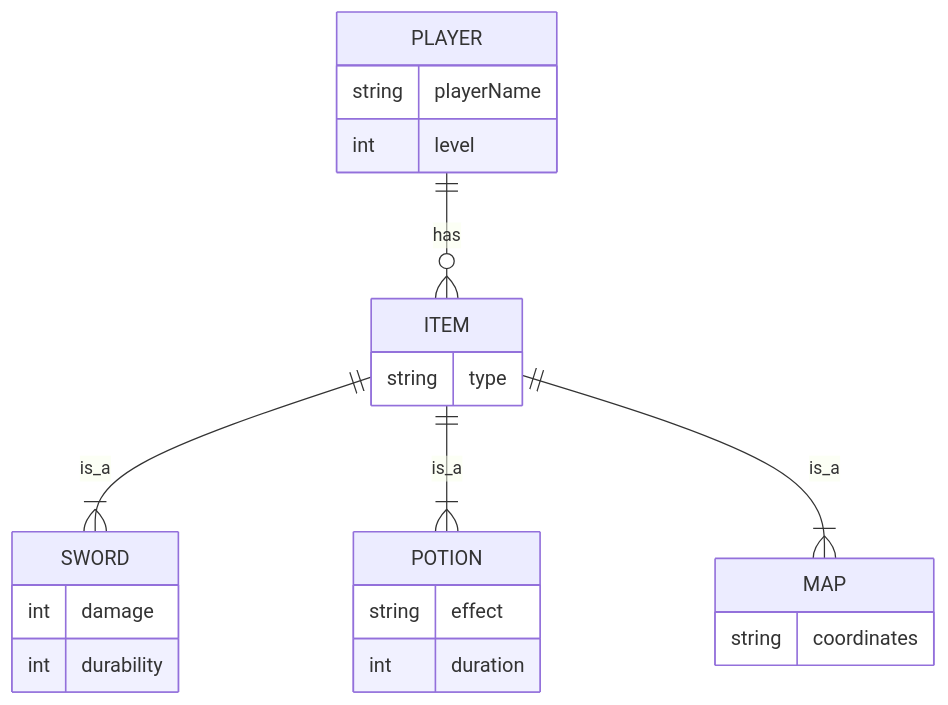
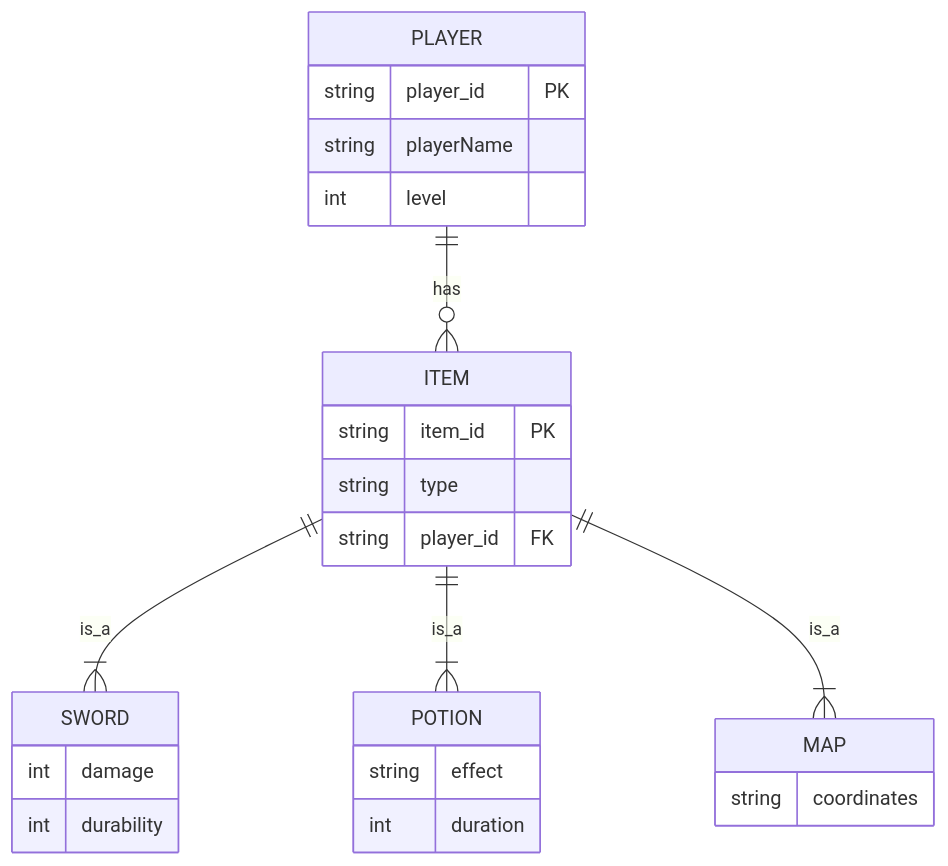
Before and after one commit to Rosario-sanchez-marin/RPG-Inventory-System: the diagram in project-root/docs/schema.md, drawn with Mermaid.

````diff
--- a/project-root/docs/schema.md
+++ b/project-root/docs/schema.md
@@ -3,28 +3,31 @@
 ```mermaid   
 
 erDiagram
     PLAYER {
+        string player_id PK
         string playerName
         int level
     }
     ITEM {
+        string item_id PK
         string type
+        string player_id FK
     }
     SWORD {
         int damage
         int durability
     }
     POTION {
         string effect
         int duration
     }
     MAP {
         string coordinates
     }
 
     PLAYER ||--o{ ITEM : has
     ITEM ||--|{ SWORD : is_a
     ITEM ||--|{ POTION : is_a
     ITEM ||--|{ MAP : is_a
 
 ```
````
